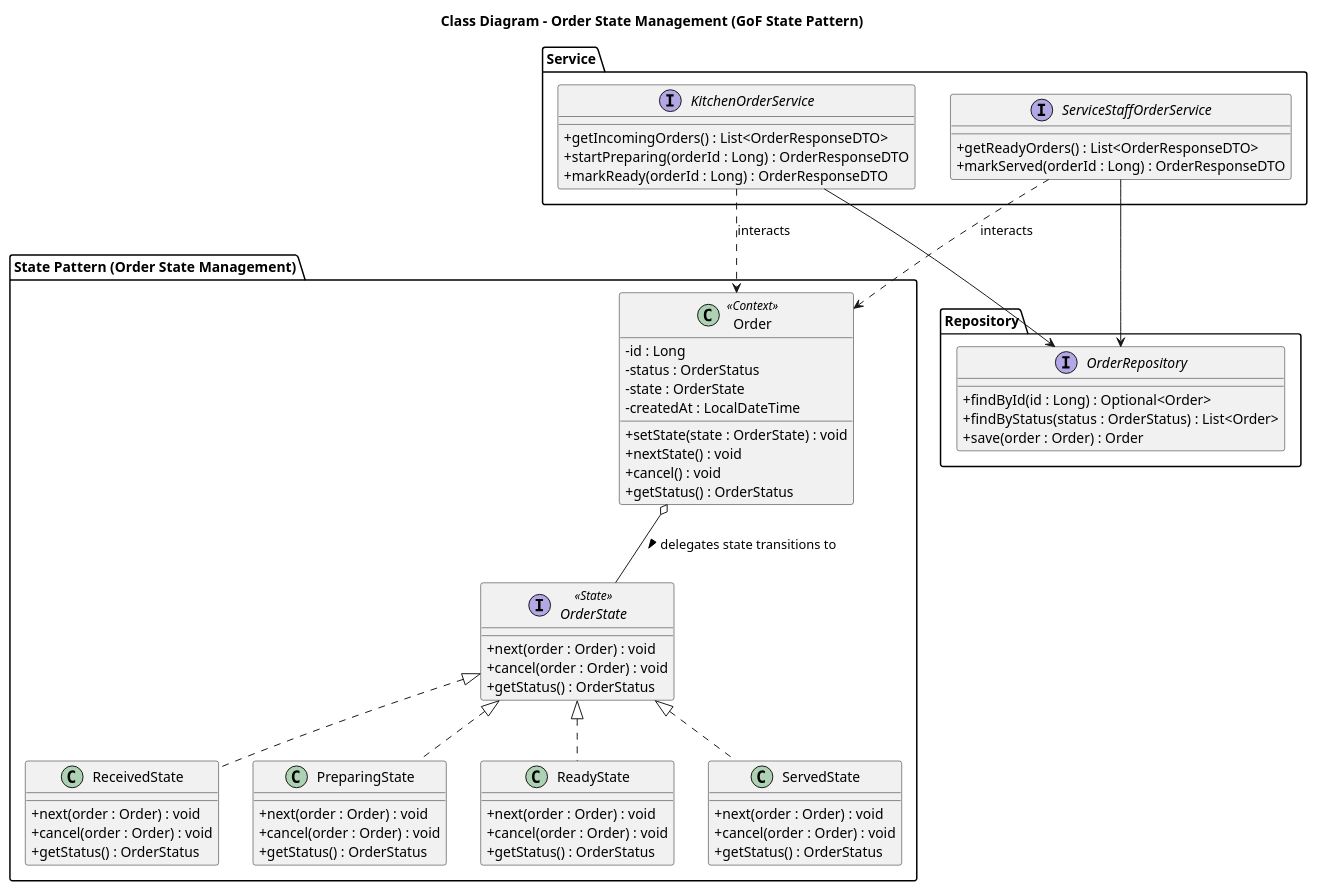
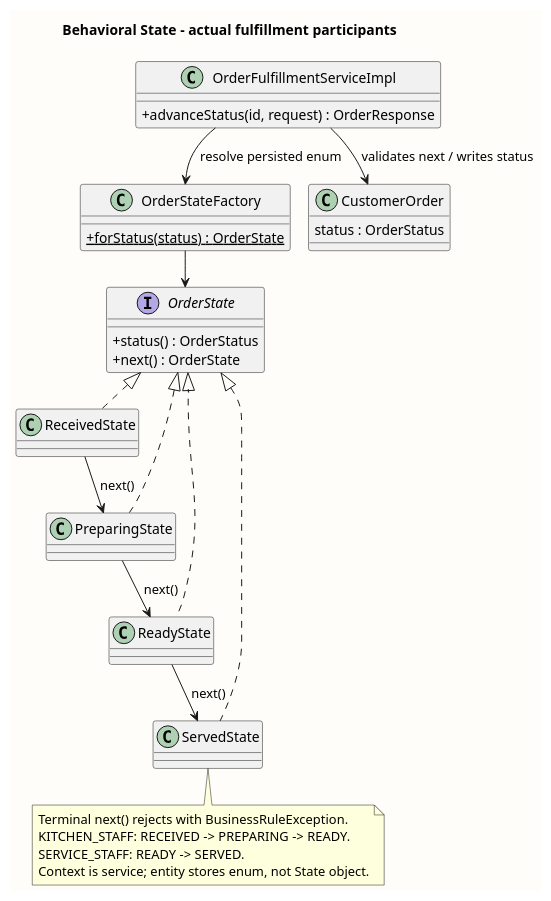
One commit to PavaritPramual/buffet-restaurant-management-system changed the diagram in doc/diagrams/class-order-state.puml. Above: the diagram before and after it, drawn with PlantUML. The commit also changed 22 other files, not shown here.

Commit message:
docs: align component and session diagrams with runtime flow

```diff
--- a/doc/diagrams/class-order-state.puml
+++ b/doc/diagrams/class-order-state.puml
@@ -1,82 +1,41 @@
 @startuml
-title Class Diagram - Order State Management (GoF State Pattern)
-
+!pragma layout smetana
+skinparam shadowing false
 skinparam classAttributeIconSize 0
-skinparam shadowing false
-
-package "State Pattern (Order State Management)" {
-    class Order <<Context>> {
-        - id : Long
-        - status : OrderStatus
-        - state : OrderState
-        - createdAt : LocalDateTime
-        + setState(state : OrderState) : void
-        + nextState() : void
-        + cancel() : void
-        + getStatus() : OrderStatus
-    }
-
-    interface OrderState <<State>> {
-        + next(order : Order) : void
-        + cancel(order : Order) : void
-        + getStatus() : OrderStatus
-    }
-
-    class ReceivedState {
-        + next(order : Order) : void
-        + cancel(order : Order) : void
-        + getStatus() : OrderStatus
-    }
-
-    class PreparingState {
-        + next(order : Order) : void
-        + cancel(order : Order) : void
-        + getStatus() : OrderStatus
-    }
-
-    class ReadyState {
-        + next(order : Order) : void
-        + cancel(order : Order) : void
-        + getStatus() : OrderStatus
-    }
-
-    class ServedState {
-        + next(order : Order) : void
-        + cancel(order : Order) : void
-        + getStatus() : OrderStatus
-    }
-
-    OrderState <|.. ReceivedState
-    OrderState <|.. PreparingState
-    OrderState <|.. ReadyState
-    OrderState <|.. ServedState
-    Order o-- OrderState : delegates state transitions to >
+skinparam backgroundColor #FFFDF9
+skinparam defaultFontName Tahoma
+title Behavioral State - actual fulfillment participants
+interface OrderState {
+ +status() : OrderStatus
+ +next() : OrderState
 }
-
-package "Service" {
-    interface KitchenOrderService {
-        + getIncomingOrders() : List<OrderResponseDTO>
-        + startPreparing(orderId : Long) : OrderResponseDTO
-        + markReady(orderId : Long) : OrderResponseDTO
-    }
-
-    interface ServiceStaffOrderService {
-        + getReadyOrders() : List<OrderResponseDTO>
-        + markServed(orderId : Long) : OrderResponseDTO
-    }
+class ReceivedState
+class PreparingState
+class ReadyState
+class ServedState
+class OrderStateFactory {
+ +{static} forStatus(status) : OrderState
 }
-
-package "Repository" {
-    interface OrderRepository {
-        + findById(id : Long) : Optional<Order>
-        + findByStatus(status : OrderStatus) : List<Order>
-        + save(order : Order) : Order
-    }
+class OrderFulfillmentServiceImpl {
+ +advanceStatus(id, request) : OrderResponse
 }
-
-KitchenOrderService --> OrderRepository
-ServiceStaffOrderService --> OrderRepository
-KitchenOrderService ..> Order : interacts
-ServiceStaffOrderService ..> Order : interacts
-
+class CustomerOrder {
+ status : OrderStatus
+}
+OrderState <|.. ReceivedState
+OrderState <|.. PreparingState
+OrderState <|.. ReadyState
+OrderState <|.. ServedState
+ReceivedState --> PreparingState : next()
+PreparingState --> ReadyState : next()
+ReadyState --> ServedState : next()
+OrderFulfillmentServiceImpl --> OrderStateFactory : resolve persisted enum
+OrderStateFactory --> OrderState
+OrderFulfillmentServiceImpl --> CustomerOrder : validates next / writes status
+note bottom of ServedState
+ Terminal next() rejects with BusinessRuleException.
+ KITCHEN_STAFF: RECEIVED -> PREPARING -> READY.
+ SERVICE_STAFF: READY -> SERVED.
+ Context is service; entity stores enum, not State object.
+end note
 @enduml
```
